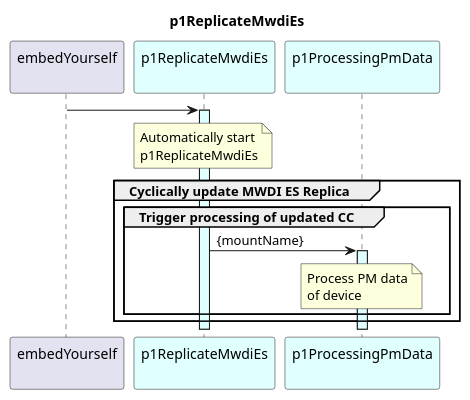
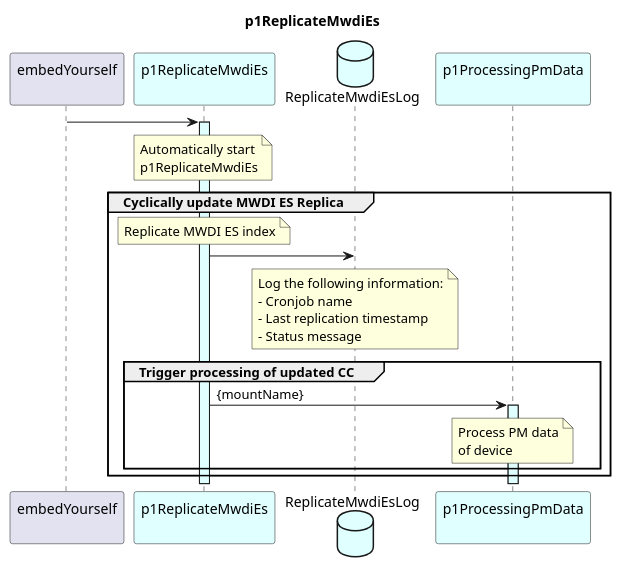
The diagram in spec/Functions/specificFunctions/p1ReplicateMwdiEs/p1ReplicateMwdiEs.plantuml (openBackhaul/DevicePerformanceManagementDataProcessor), drawn with PlantUML before and after one commit. The commit also changed 3 other files, not shown here.

Commit message:
Add interface of p1ReplicateMwdiEs

```diff
--- a/spec/Functions/specificFunctions/p1ReplicateMwdiEs/p1ReplicateMwdiEs.plantuml
+++ b/spec/Functions/specificFunctions/p1ReplicateMwdiEs/p1ReplicateMwdiEs.plantuml
@@ -1,35 +1,48 @@
 @startuml p1ReplicateMwdiEs
 skinparam responseMessageBelowArrow true
 
 title
   p1ReplicateMwdiEs
 end title
 
 participant "embedYourself\n" as embed
 participant "p1ReplicateMwdiEs\n" as p1RMWDI #LightCyan
+database "ReplicateMwdiEsLog" as log #LightCyan
 participant "p1ProcessingPmData\n" as p1ProOrch #LightCyan
 
 embed -> p1RMWDI
 activate p1RMWDI #LightCyan
 
 note over p1RMWDI
   Automatically start
   p1ReplicateMwdiEs
 end note
 
 group Cyclically update MWDI ES Replica
+
+  note over p1RMWDI
+    Replicate MWDI ES index
+  end note
+
+  p1RMWDI -> log
+  note over log
+    Log the following information:
+    - Cronjob name
+    - Last replication timestamp
+    - Status message
+  end note
   
   group Trigger processing of updated CC
     p1RMWDI -> p1ProOrch : {mountName}
     activate p1ProOrch #LightCyan
 
       note over p1ProOrch
         Process PM data
         of device
       end note
 
   end
 
 end
 
 @enduml
```
